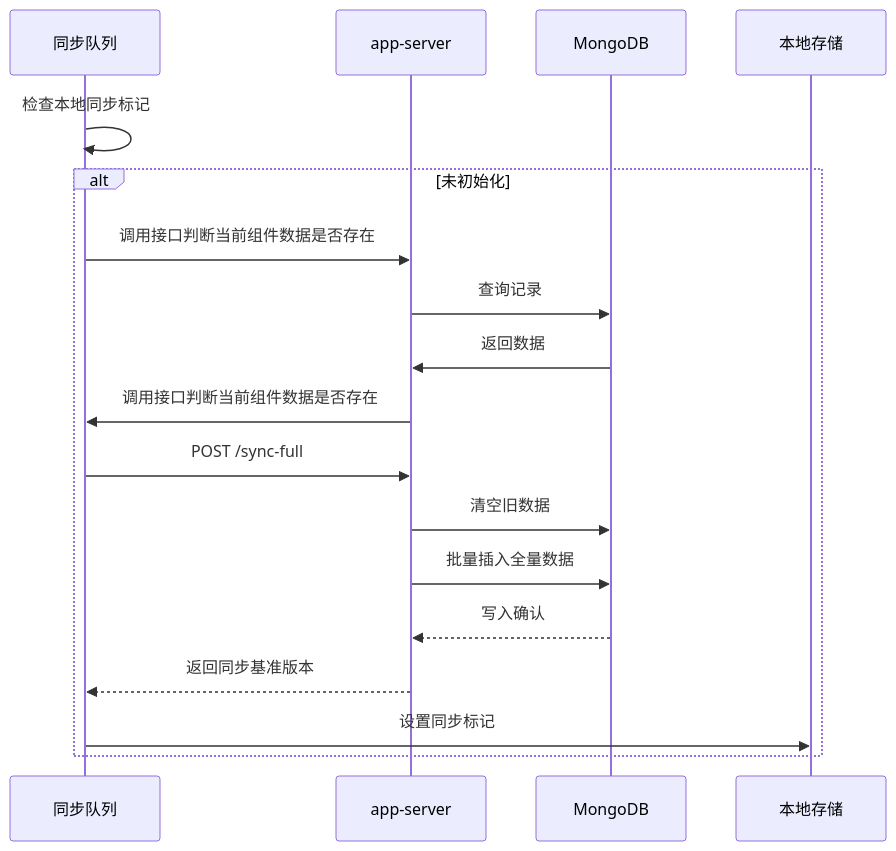
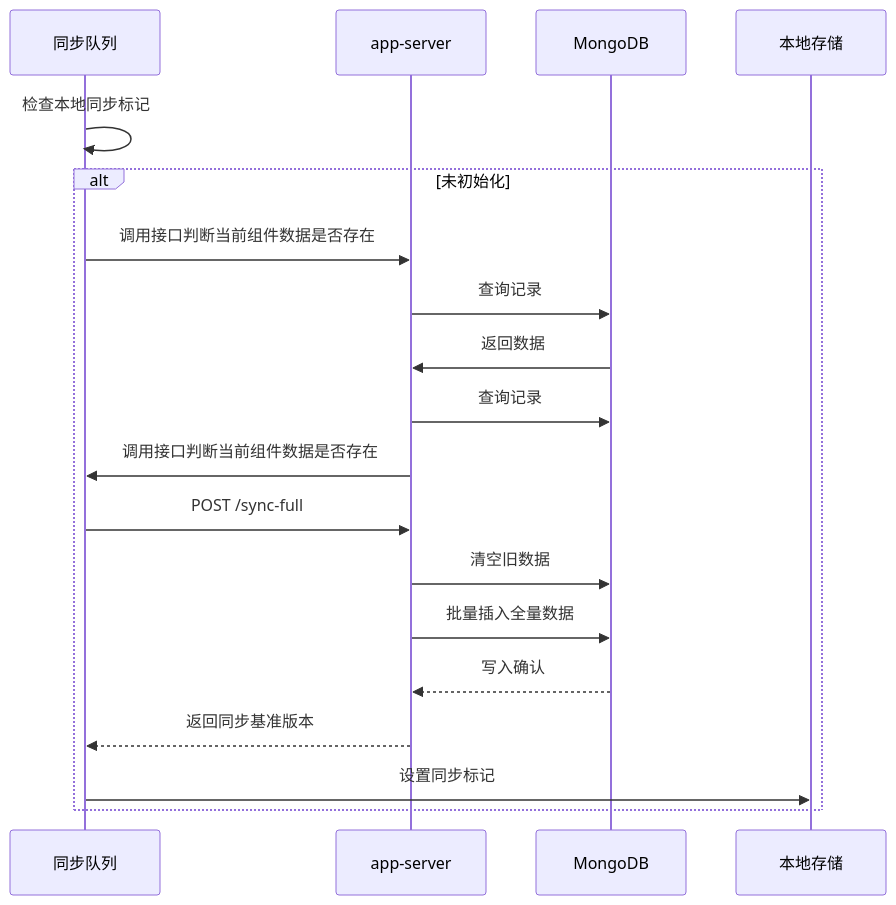
Before and after one commit to yingjianzh/iodraw-files: the diagram in all/未命名-24.md, drawn with Mermaid.

Commit message:
2025-02-21 18:27:20 update

````diff
--- a/all/未命名-24.md
+++ b/all/未命名-24.md
@@ -1,20 +1,21 @@
 ```mermaid
 sequenceDiagram
     participant 同步队列
     participant app-server
     participant MongoDB
 
     同步队列->>同步队列: 检查本地同步标记
     alt 未初始化
         同步队列->>app-server: 调用接口判断当前组件数据是否存在
         app-server->>MongoDB: 查询记录
         MongoDB->>app-server: 返回数据
+        app-server->>MongoDB: 查询记录
         app-server->>同步队列: 调用接口判断当前组件数据是否存在
         同步队列->>app-server: POST /sync-full
         app-server->>MongoDB: 清空旧数据
         app-server->>MongoDB: 批量插入全量数据
         MongoDB-->>app-server: 写入确认
         app-server-->>同步队列: 返回同步基准版本
         同步队列->>本地存储: 设置同步标记
     end
 ```
````
